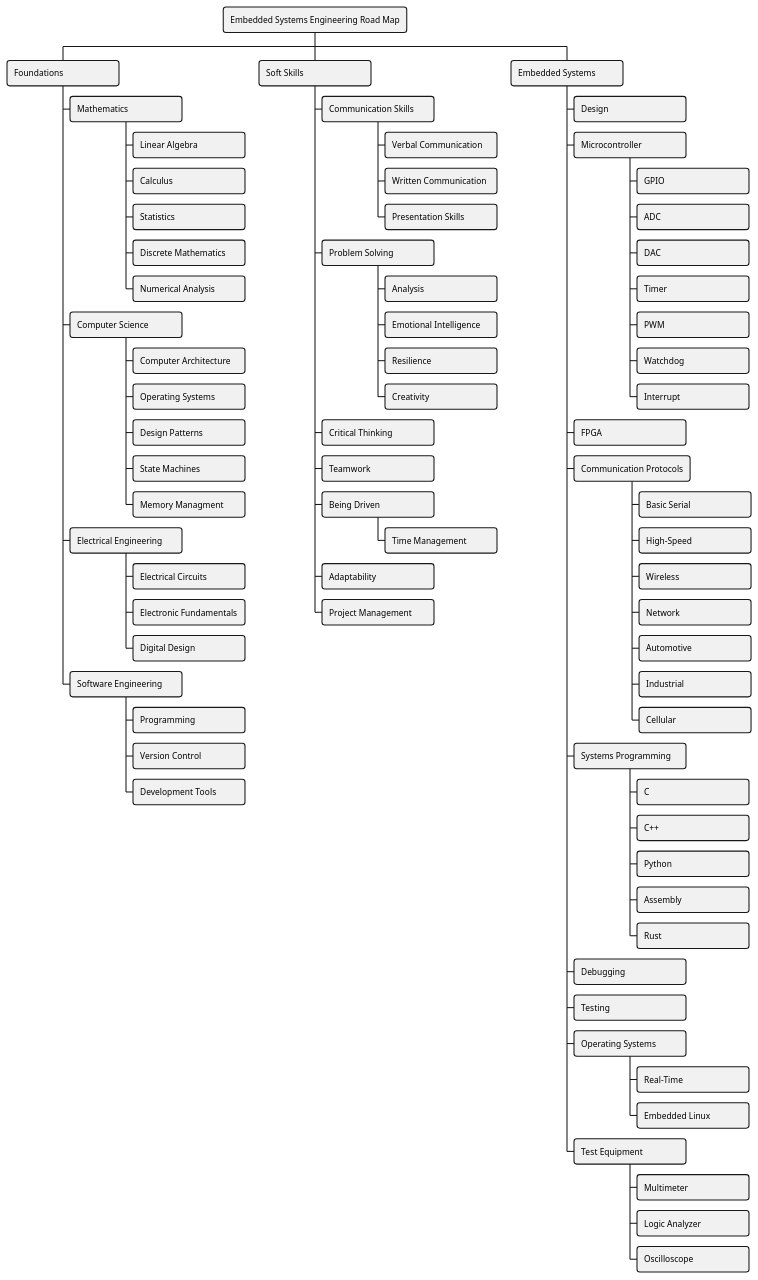
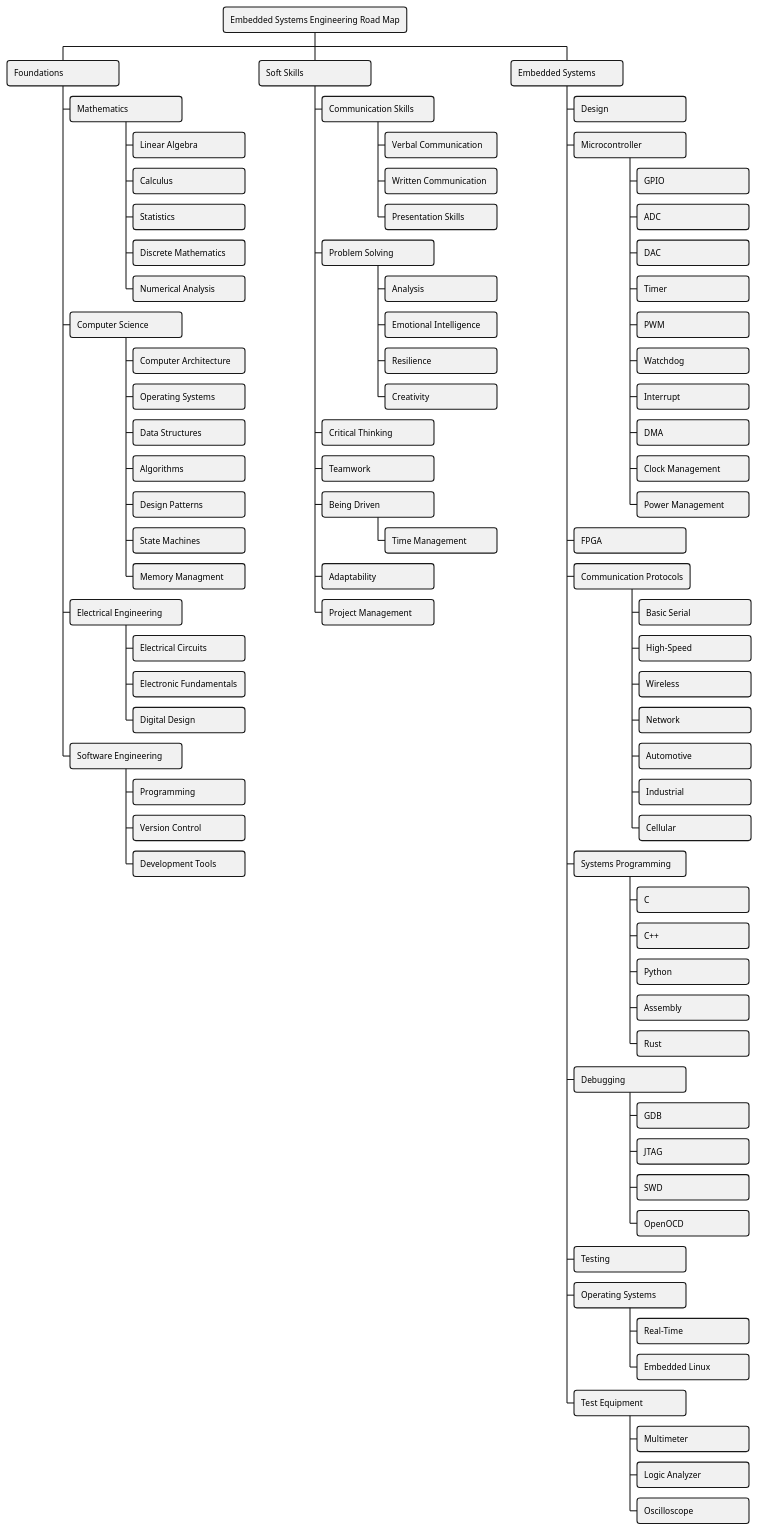
The diagram in resources/road-map.puml (HenrikSamuelsson/embedded-systems-engineering-road-map), drawn with PlantUML before and after one commit.

Commit message:
Add more concepts to learn.

```diff
--- a/resources/road-map.puml
+++ b/resources/road-map.puml
@@ -1,81 +1,90 @@
 @startwbs Embedded Systemes Engineering Road Map
 <style>
 node {
     MinimumWidth 160
     MaximumWidth 1600
     RoundCorner 8
 }
 </style>
 + Embedded Systems Engineering Road Map
  + Foundations
   + Mathematics
    + Linear Algebra
    + Calculus
    + Statistics
    + Discrete Mathematics
    + Numerical Analysis
   + Computer Science
    + Computer Architecture
    + Operating Systems
+   + Data Structures
+   + Algorithms
    + Design Patterns
    + State Machines
    + Memory Managment
   + Electrical Engineering
    + Electrical Circuits
    + Electronic Fundamentals
    + Digital Design
   + Software Engineering
    + Programming
    + Version Control
    + Development Tools
  + Soft Skills
   + Communication Skills
    + Verbal Communication
    + Written Communication
    + Presentation Skills
   + Problem Solving
    + Analysis
    + Emotional Intelligence
    + Resilience
    + Creativity
   + Critical Thinking
   + Teamwork
   + Being Driven
    + Time Management
   + Adaptability
   + Project Management
  + Embedded Systems
   + Design
   + Microcontroller
    + GPIO
    + ADC
    + DAC
    + Timer
    + PWM
    + Watchdog
    + Interrupt
+   + DMA
+   + Clock Management
+   + Power Management
   + FPGA
   + Communication Protocols
    + Basic Serial
    + High-Speed
    + Wireless
    + Network
    + Automotive
    + Industrial
    + Cellular
   + Systems Programming
    + C
    + C++
    + Python
    + Assembly
    + Rust
   + Debugging
+   + GDB
+   + JTAG
+   + SWD
+   + OpenOCD
   + Testing
   + Operating Systems
    + Real-Time
    + Embedded Linux
   + Test Equipment
    + Multimeter
    + Logic Analyzer
    + Oscilloscope
 @endwbs
```
